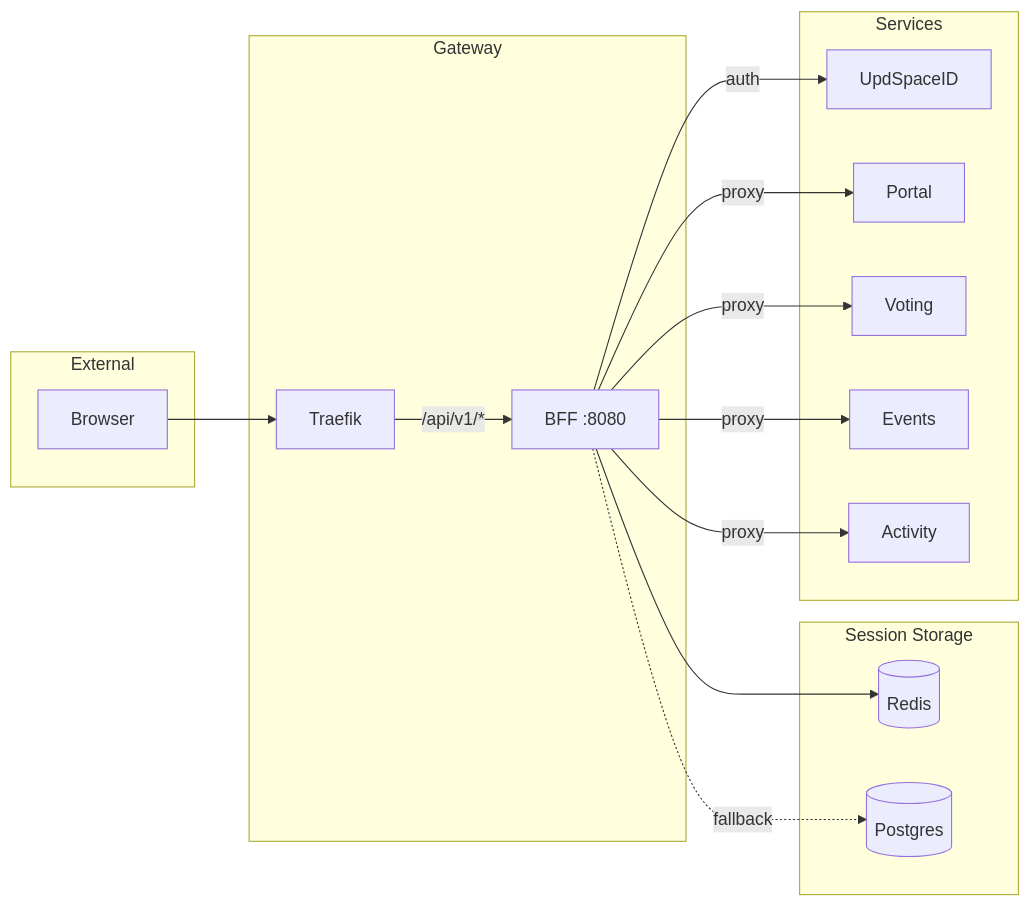
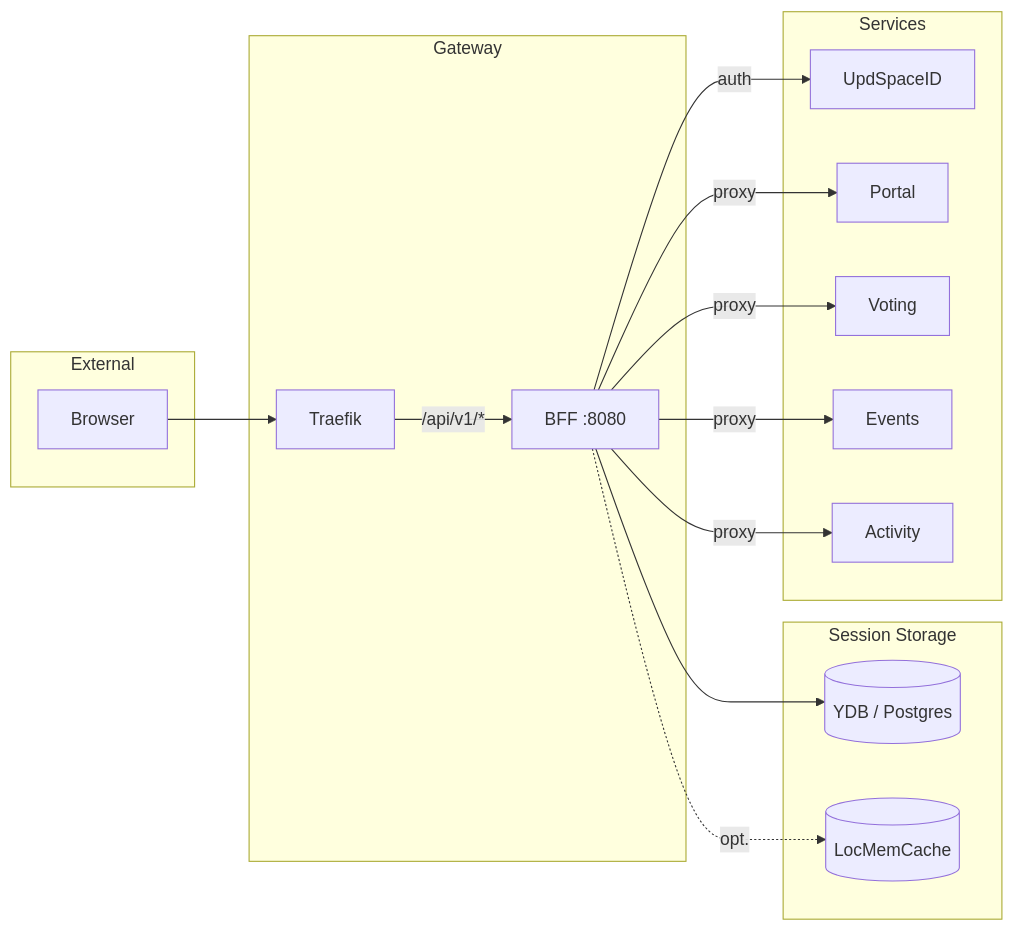
One commit to updatingspace/portal changed the diagram in docs/docs/services/bff/overview.md. Above: the diagram before and after it, drawn with Mermaid. The commit also changed other lines of this file and 133 other files, not shown here.

````diff
--- a/docs/docs/services/bff/overview.md
+++ b/docs/docs/services/bff/overview.md
@@ -39,36 +39,36 @@
 ```mermaid
 graph LR
     subgraph "External"
         Browser[Browser]
     end
 
     subgraph "Gateway"
         Traefik[Traefik]
         BFF[BFF :8080]
     end
 
     subgraph "Session Storage"
-        Redis[(Redis)]
-        Postgres[(Postgres)]
+        DB[(YDB / Postgres)]
+        LocalCache[(LocMemCache)]
     end
 
     subgraph "Services"
         ID[UpdSpaceID]
         Portal[Portal]
         Voting[Voting]
         Events[Events]
         Activity[Activity]
     end
 
     Browser --> Traefik
     Traefik -->|/api/v1/*| BFF
     
-    BFF --> Redis
-    BFF -.->|fallback| Postgres
+    BFF --> DB
+    BFF -.->|opt.| LocalCache
     
     BFF -->|auth| ID
     BFF -->|proxy| Portal
     BFF -->|proxy| Voting
     BFF -->|proxy| Events
     BFF -->|proxy| Activity
 ```
````
